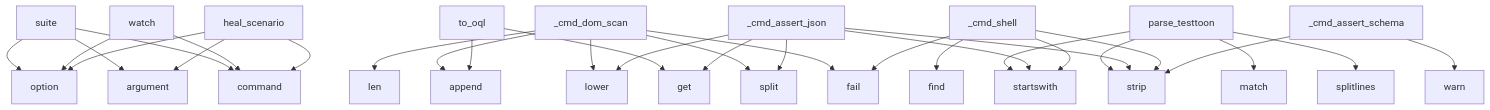
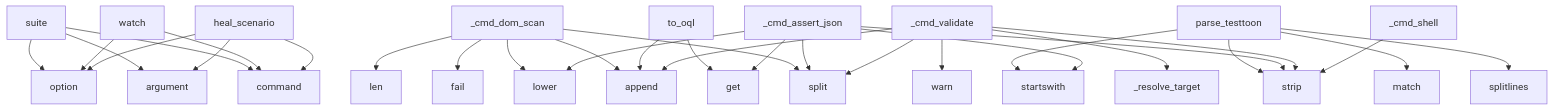
The diagram in project/context.md (oqlos/testql), drawn with Mermaid before and after one commit. The commit also changed other lines of this file and 35 other files, not shown here.

````diff
--- a/project/context.md
+++ b/project/context.md
@@ -550,33 +560,33 @@
 ```mermaid
 graph TD
     _cmd_dom_scan --> split
     _cmd_dom_scan --> lower
     _cmd_dom_scan --> fail
     _cmd_dom_scan --> append
     _cmd_dom_scan --> len
     suite --> command
     suite --> argument
     suite --> option
     to_oql --> get
     to_oql --> append
     watch --> command
     watch --> option
     parse_testtoon --> splitlines
     parse_testtoon --> match
     parse_testtoon --> startswith
     parse_testtoon --> strip
     heal_scenario --> command
     heal_scenario --> argument
     heal_scenario --> option
     _cmd_assert_json --> split
     _cmd_assert_json --> startswith
     _cmd_assert_json --> strip
     _cmd_assert_json --> lower
     _cmd_assert_json --> get
+    _cmd_validate --> split
+    _cmd_validate --> strip
+    _cmd_validate --> _resolve_target
+    _cmd_validate --> warn
+    _cmd_validate --> append
     _cmd_shell --> strip
-    _cmd_shell --> fail
-    _cmd_shell --> startswith
-    _cmd_shell --> find
-    _cmd_assert_schema --> strip
-    _cmd_assert_schema --> warn
 ```
````
